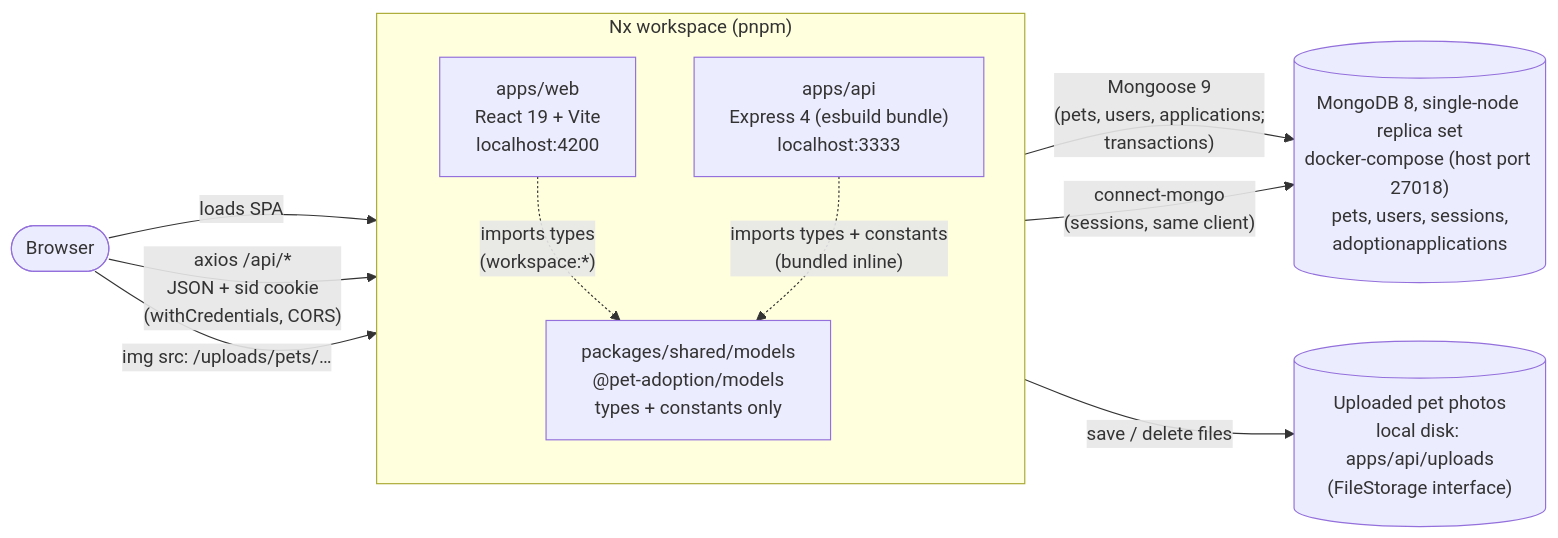
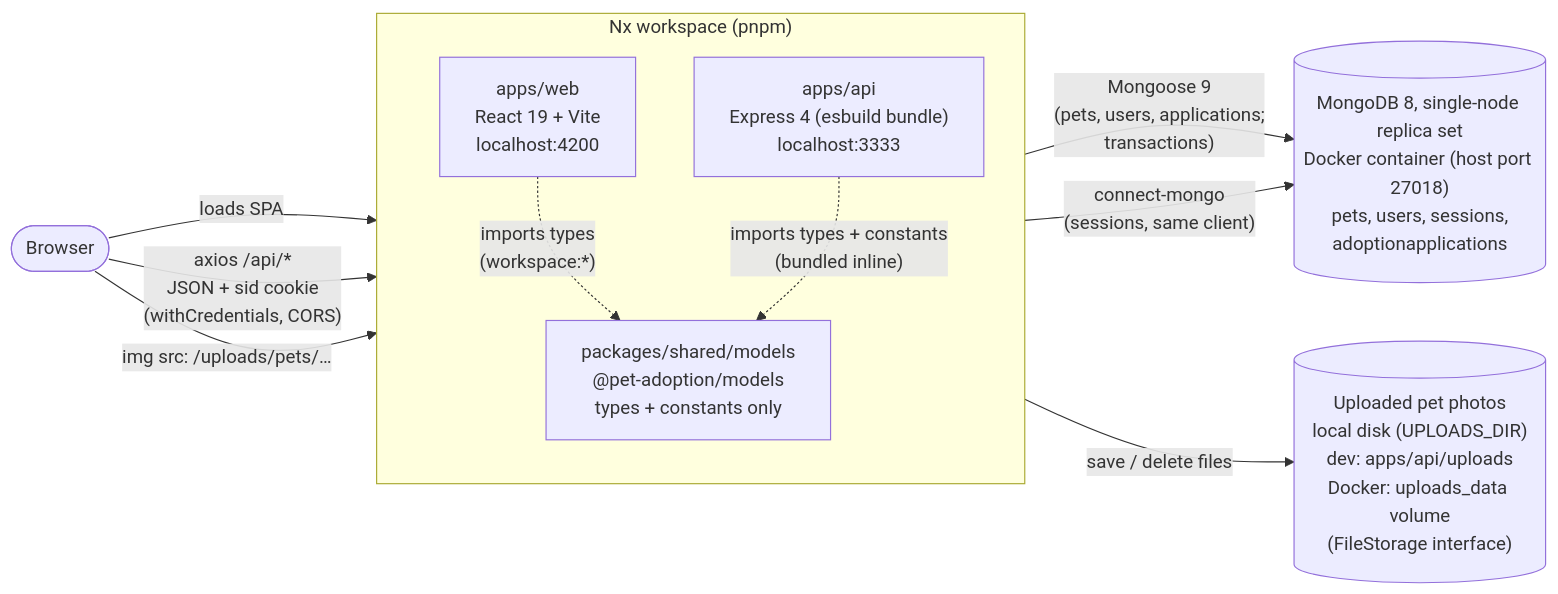
One commit to BojanSovtic/pet-adoption-system changed the first of 11 diagrams in docs/architecture.md. Above: the diagram before and after it, drawn with Mermaid. The commit also changed other lines of this file and 3 other files, not shown here.

````diff
--- a/docs/architecture.md
+++ b/docs/architecture.md
@@ -9,22 +9,22 @@
 ```mermaid
 flowchart LR
   subgraph nx["Nx workspace (pnpm)"]
     direction TB
     web["apps/web<br/>React 19 + Vite<br/>localhost:4200"]
     api["apps/api<br/>Express 4 (esbuild bundle)<br/>localhost:3333"]
     models["packages/shared/models<br/>@pet-adoption/models<br/>types + constants only"]
   end
 
   browser(["Browser"])
-  mongo[("MongoDB 8, single-node replica set<br/>docker-compose (host port 27018)<br/>pets, users, sessions,<br/>adoptionapplications")]
+  mongo[("MongoDB 8, single-node replica set<br/>Docker container (host port 27018)<br/>pets, users, sessions,<br/>adoptionapplications")]
 
   browser -- "loads SPA" --> web
   browser -- "axios /api/*<br/>JSON + sid cookie<br/>(withCredentials, CORS)" --> api
   web -. "imports types<br/>(workspace:*)" .-> models
   api -. "imports types + constants<br/>(bundled inline)" .-> models
   api -- "Mongoose 9<br/>(pets, users, applications;<br/>transactions)" --> mongo
   api -- "connect-mongo<br/>(sessions, same client)" --> mongo
-  uploads[("Uploaded pet photos<br/>local disk: apps/api/uploads<br/>(FileStorage interface)")]
+  uploads[("Uploaded pet photos<br/>local disk (UPLOADS_DIR)<br/>dev: apps/api/uploads<br/>Docker: uploads_data volume<br/>(FileStorage interface)")]
   api -- "save / delete files" --> uploads
   browser -- "img src: /uploads/pets/…" --> api
 ```
````
